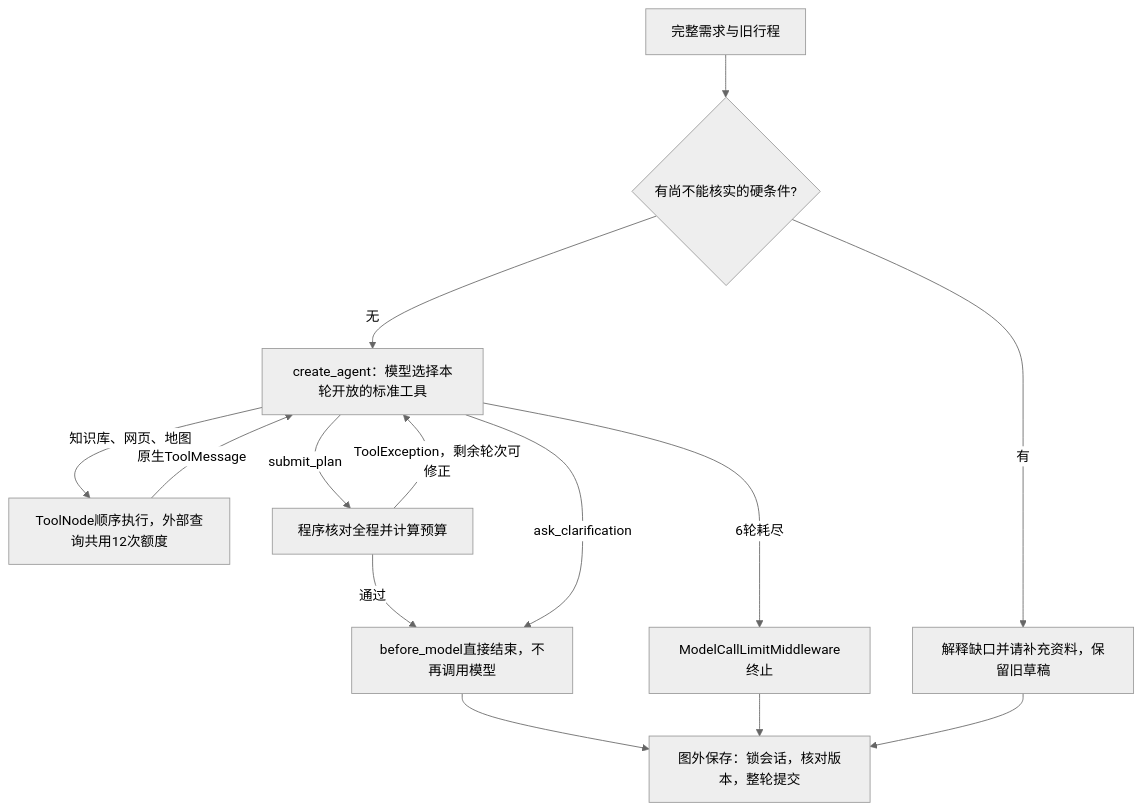
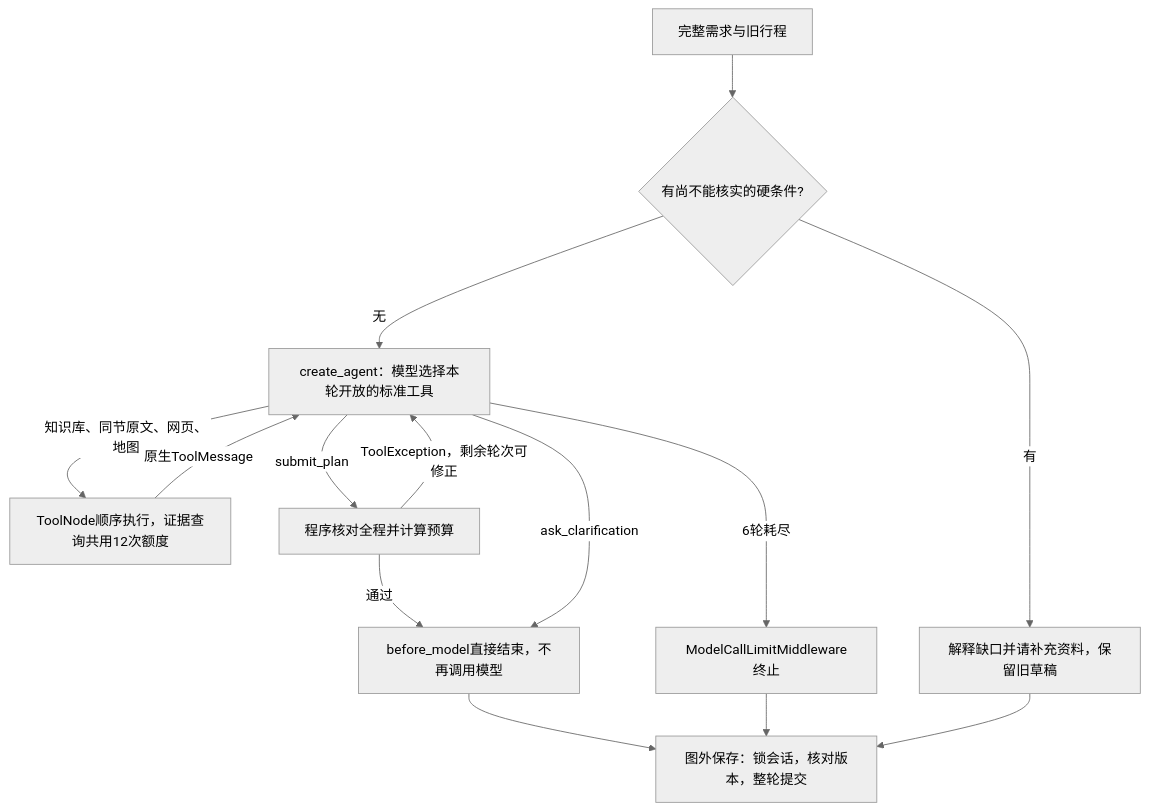
The sixth of 16 diagrams in docs/08-架构设计说明.md (Charlie-acher/TravelMindAI), drawn with Mermaid (neutral theme) before and after one commit. The commit also changed other lines of this file and 75 other files, not shown here.

````diff
--- a/docs/08-架构设计说明.md
+++ b/docs/08-架构设计说明.md
@@ -1252,16 +1252,16 @@
 ```mermaid
 flowchart TD
   A[完整需求与旧行程] --> H{有尚不能核实的硬条件?}
   H -->|有| Q[解释缺口并请补充资料，保留旧草稿]
   H -->|无| C[create_agent：模型选择本轮开放的标准工具]
-  C -->|知识库、网页、地图| T[ToolNode顺序执行，外部查询共用12次额度]
+  C -->|知识库、同节原文、网页、地图| T[ToolNode顺序执行，证据查询共用12次额度]
   T -->|原生ToolMessage| C
   C -->|submit_plan| V[程序核对全程并计算预算]
   V -->|ToolException，剩余轮次可修正| C
   V -->|通过| F[before_model直接结束，不再调用模型]
   C -->|ask_clarification| F
   C -->|6轮耗尽| L[ModelCallLimitMiddleware终止]
   F --> S[图外保存：锁会话，核对版本，整轮提交]
   L --> S
   Q --> S
 ```
````
